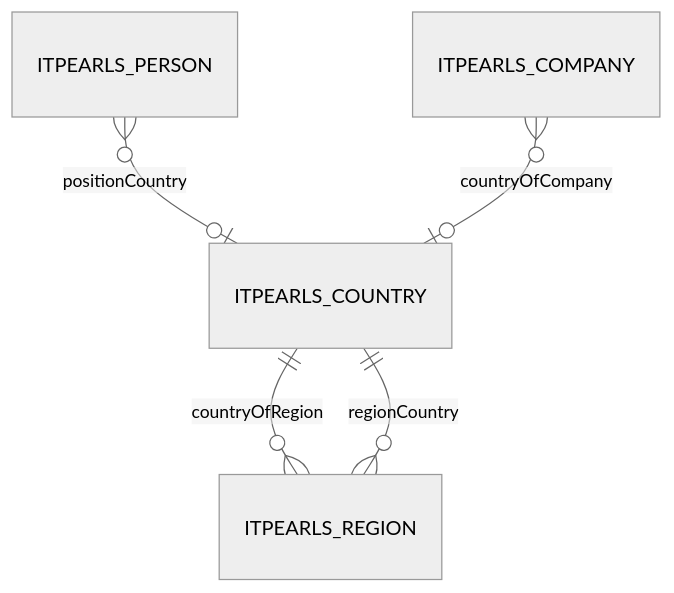
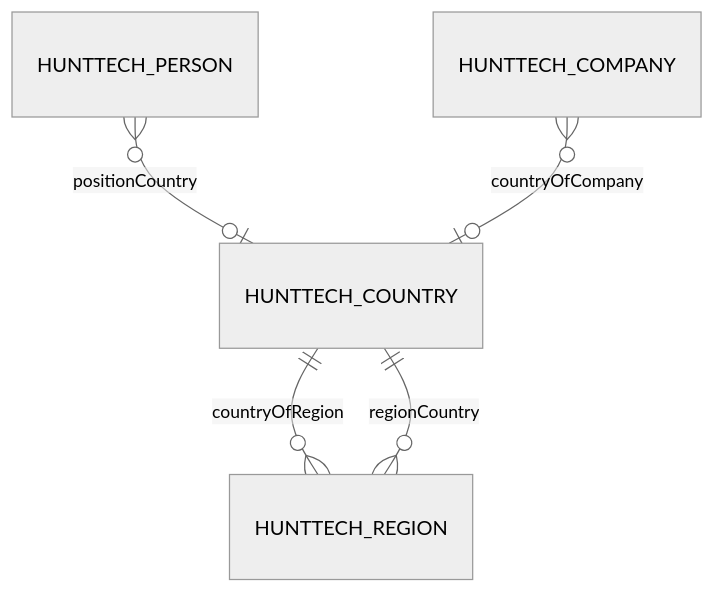
The diagram in docs/entities/Country.md (aananyev/it-pearls-recruiting), drawn with Mermaid (neutral theme) before and after one commit. The commit also changed other lines of this file and 2450 other files, not shown here.

````diff
--- a/docs/entities/Country.md
+++ b/docs/entities/Country.md
@@ -51,7 +51,7 @@
 ```mermaid
 erDiagram
-    ITPEARLS_COUNTRY ||--o{ ITPEARLS_REGION : "countryOfRegion"
-    ITPEARLS_PERSON }o--o| ITPEARLS_COUNTRY : "positionCountry"
-    ITPEARLS_COMPANY }o--o| ITPEARLS_COUNTRY : "countryOfCompany"
-    ITPEARLS_REGION }o--|| ITPEARLS_COUNTRY : "regionCountry"
+    HUNTTECH_COUNTRY ||--o{ HUNTTECH_REGION : "countryOfRegion"
+    HUNTTECH_PERSON }o--o| HUNTTECH_COUNTRY : "positionCountry"
+    HUNTTECH_COMPANY }o--o| HUNTTECH_COUNTRY : "countryOfCompany"
+    HUNTTECH_REGION }o--|| HUNTTECH_COUNTRY : "regionCountry"
 ```
````
